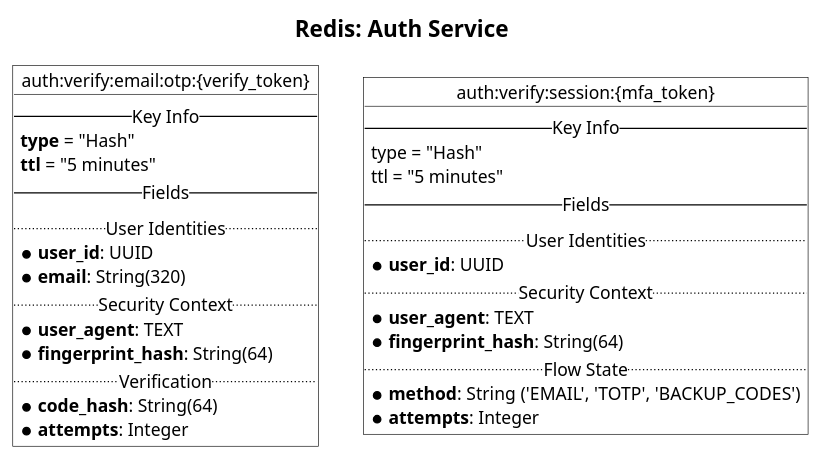
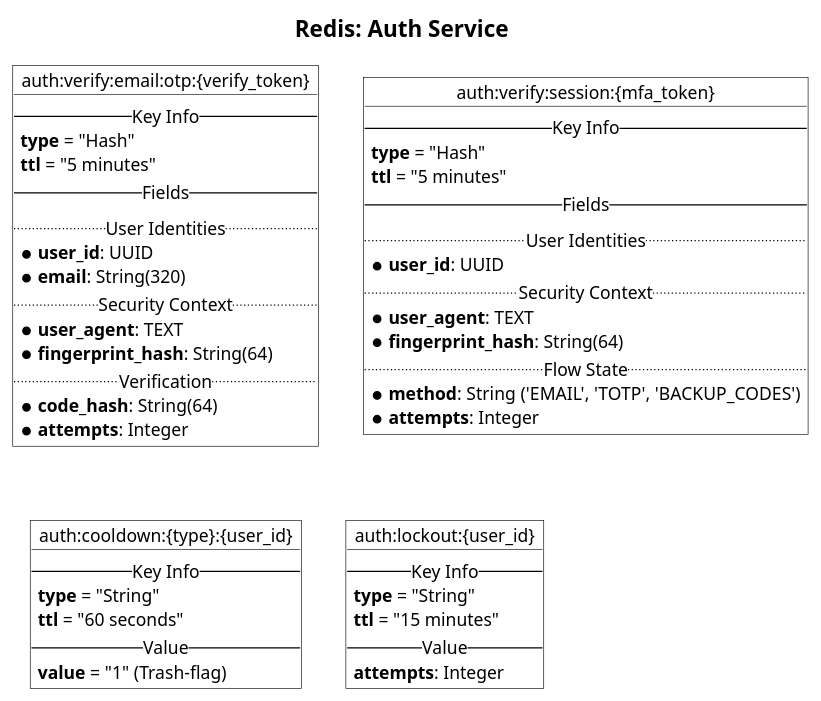
One commit to Mihyich/ShaderHub changed the diagram in docs/charts/redis/01-auth-service/chart.wsd. Above: the diagram before and after it, drawn with PlantUML. The commit also changed 1 other file, not shown here.

```diff
--- a/docs/charts/redis/01-auth-service/chart.wsd
+++ b/docs/charts/redis/01-auth-service/chart.wsd
@@ -1,46 +1,62 @@
 @startuml Redis_Auth_Storage
 
 skinparam title {
     FontSize 18
 }
 
 skinparam object {
     BackgroundColor White
     BorderColor Black
     ArrowColor Black
 }
 
 title Redis: Auth Service
 
 object "auth:verify:email:otp:{verify_token}" as EmailOTP {
     -- Key Info --
     **type** = "Hash"
     **ttl** = "5 minutes"
     -- Fields --
     .. User Identities ..
     * **user_id**: UUID
     * **email**: String(320)
     .. Security Context ..
     * **user_agent**: TEXT
     * **fingerprint_hash**: String(64)
     .. Verification ..
     * **code_hash**: String(64)
     * **attempts**: Integer
 }
 
 object "auth:verify:session:{mfa_token}" as MFASession {
     -- Key Info --
-    type = "Hash"
-    ttl = "5 minutes"
+    **type** = "Hash"
+    **ttl** = "5 minutes"
     -- Fields --
     .. User Identities ..
     * **user_id**: UUID
     .. Security Context ..
     * **user_agent**: TEXT
     * **fingerprint_hash**: String(64)
     .. Flow State ..
     * **method**: String ('EMAIL', 'TOTP', 'BACKUP_CODES')
     * **attempts**: Integer
 }
 
+object "auth:cooldown:{type}:{user_id}" as Cooldown {
+    -- Key Info --
+    **type** = "String"
+    **ttl** = "60 seconds"
+    -- Value --
+    **value** = "1" (Trash-flag)
+}
+
+object "auth:lockout:{user_id}" as Lockout {
+    -- Key Info --
+    **type** = "String"
+    **ttl** = "15 minutes"
+    -- Value --
+    **attempts**: Integer
+}
+
 @enduml
```
